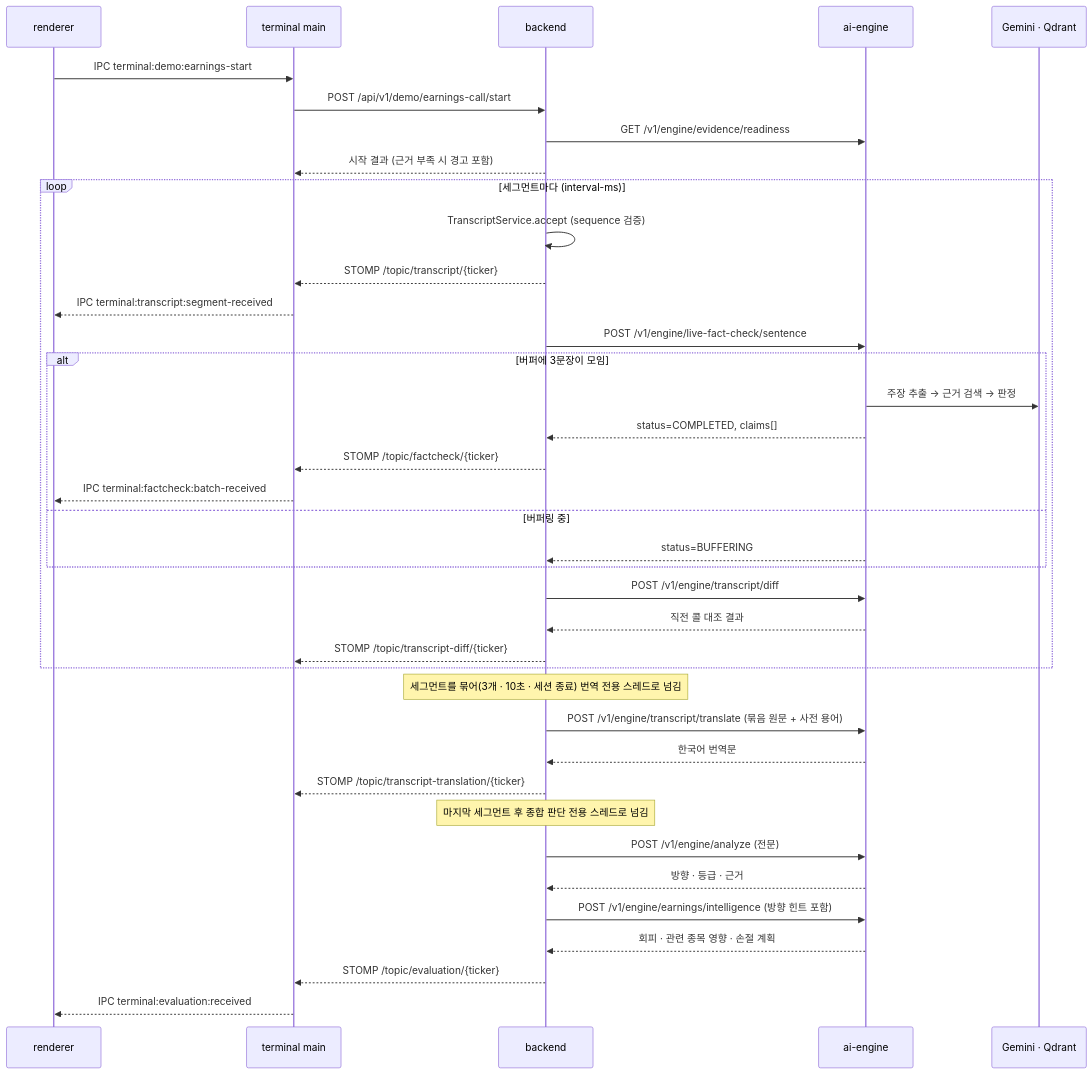
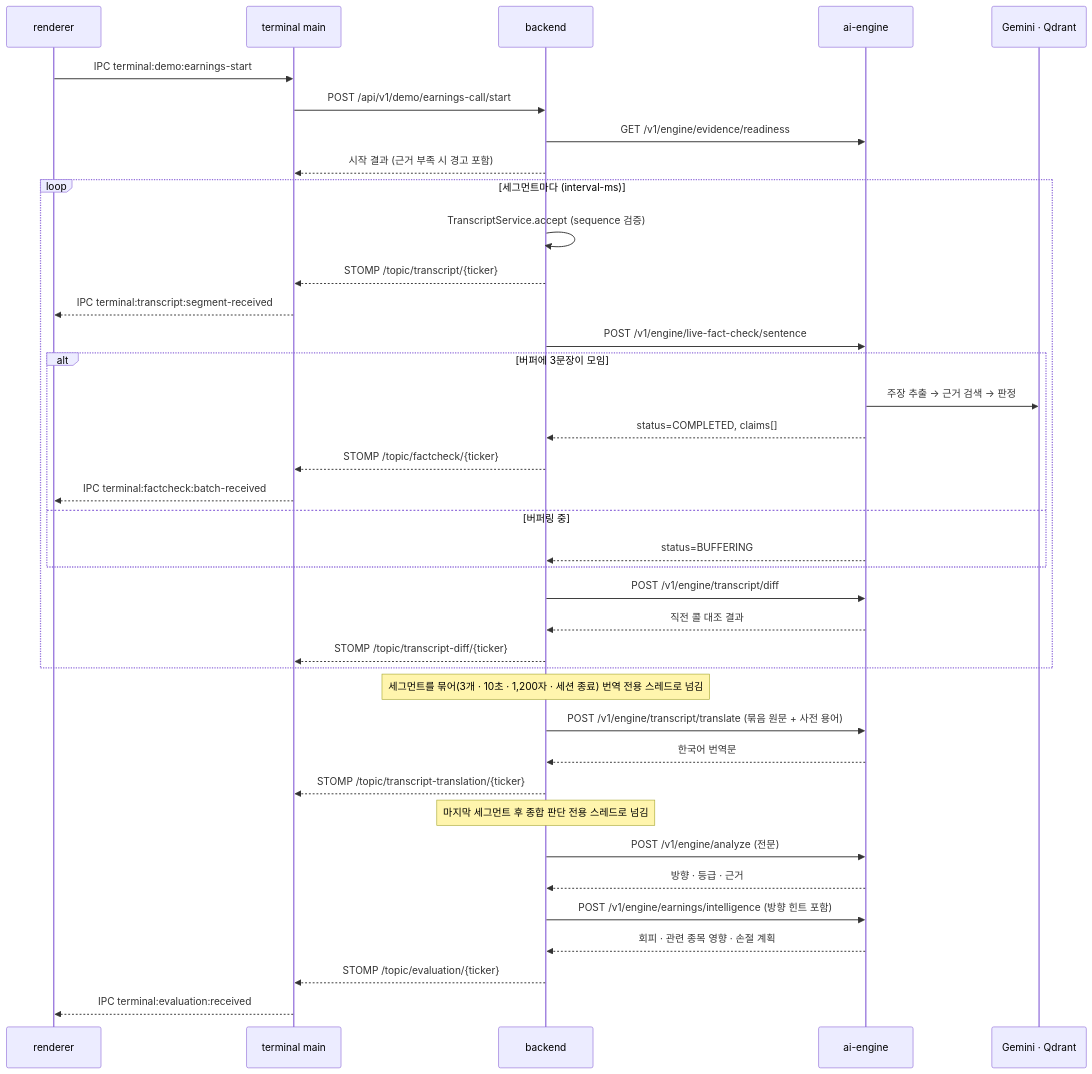
The second of 4 diagrams in docs/developer/architecture.md (keonha123/Earning-Whisperer), drawn with Mermaid before and after one commit. The commit also changed 5 other files, not shown here.

````diff
--- a/docs/developer/architecture.md
+++ b/docs/developer/architecture.md
@@ -174,41 +174,41 @@
 ```mermaid
 sequenceDiagram
     participant R as renderer
     participant M as terminal main
     participant B as backend
     participant A as ai-engine
     participant G as Gemini · Qdrant
 
     R->>M: IPC terminal:demo:earnings-start
     M->>B: POST /api/v1/demo/earnings-call/start
     B->>A: GET /v1/engine/evidence/readiness
     B-->>M: 시작 결과 (근거 부족 시 경고 포함)
     loop 세그먼트마다 (interval-ms)
         B->>B: TranscriptService.accept (sequence 검증)
         B-->>M: STOMP /topic/transcript/{ticker}
         M-->>R: IPC terminal:transcript:segment-received
         B->>A: POST /v1/engine/live-fact-check/sentence
         alt 버퍼에 3문장이 모임
             A->>G: 주장 추출 → 근거 검색 → 판정
             A-->>B: status=COMPLETED, claims[]
             B-->>M: STOMP /topic/factcheck/{ticker}
             M-->>R: IPC terminal:factcheck:batch-received
         else 버퍼링 중
             A-->>B: status=BUFFERING
         end
         B->>A: POST /v1/engine/transcript/diff
         A-->>B: 직전 콜 대조 결과
         B-->>M: STOMP /topic/transcript-diff/{ticker}
     end
-    Note over B: 세그먼트를 묶어(3개 · 10초 · 세션 종료) 번역 전용 스레드로 넘김
+    Note over B: 세그먼트를 묶어(3개 · 10초 · 1,200자 · 세션 종료) 번역 전용 스레드로 넘김
     B->>A: POST /v1/engine/transcript/translate (묶음 원문 + 사전 용어)
     A-->>B: 한국어 번역문
     B-->>M: STOMP /topic/transcript-translation/{ticker}
     Note over B: 마지막 세그먼트 후 종합 판단 전용 스레드로 넘김
     B->>A: POST /v1/engine/analyze (전문)
     A-->>B: 방향 · 등급 · 근거
     B->>A: POST /v1/engine/earnings/intelligence (방향 힌트 포함)
     A-->>B: 회피 · 관련 종목 영향 · 손절 계획
     B-->>M: STOMP /topic/evaluation/{ticker}
     M-->>R: IPC terminal:evaluation:received
 ```
````
